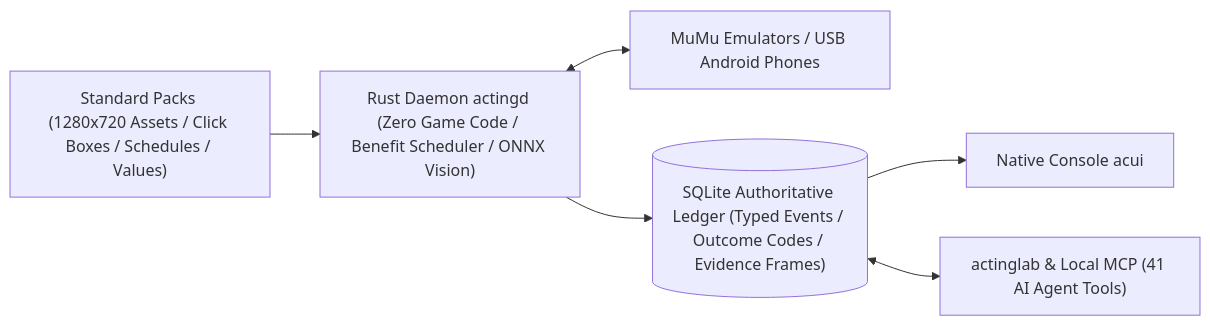
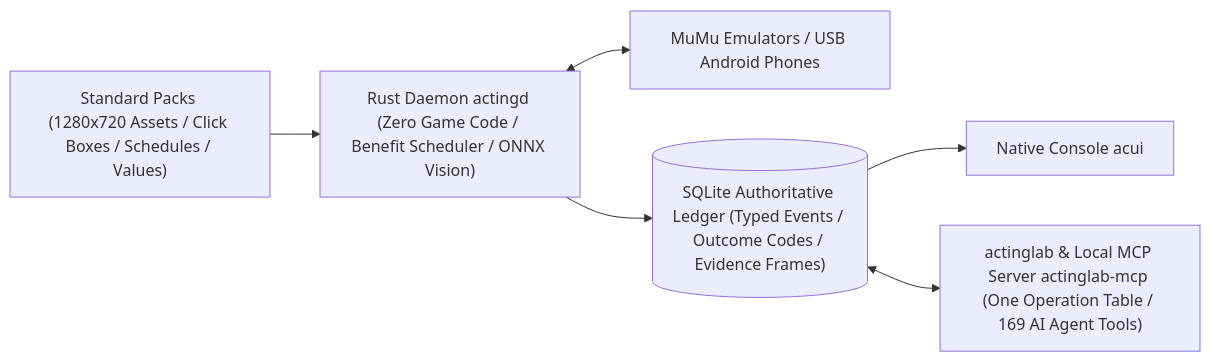
One commit to HS7097/ActingCommand changed the diagram in README.md. Above: the diagram before and after it, drawn with Mermaid. The commit also changed other lines of this file and 1 other file, not shown here.

Commit message:
README: roster adds GPT-6 Sol Daybreak; state as of Runtime v0.12.83 and UI v0.12.33 (the Lab's MCP server, install and registration through actinglab, display mapping, what is being built)

````diff
--- a/README.md
+++ b/README.md
@@ -70,8 +71,8 @@
 ```mermaid
 flowchart LR
     Pack["Standard Packs (1280x720 Assets / Click Boxes / Schedules / Values)"] --> RT["Rust Daemon actingd (Zero Game Code / Benefit Scheduler / ONNX Vision)"]
     RT <--> Dev["MuMu Emulators / USB Android Phones"]
     RT --> Ledger[("SQLite Authoritative Ledger (Typed Events / Outcome Codes / Evidence Frames)")]
     Ledger --> UI["Native Console acui"]
-    Ledger <--> Lab["actinglab & Local MCP (41 AI Agent Tools)"]
+    Ledger <--> Lab["actinglab & Local MCP Server actinglab-mcp (One Operation Table / 169 AI Agent Tools)"]
 ```
````
